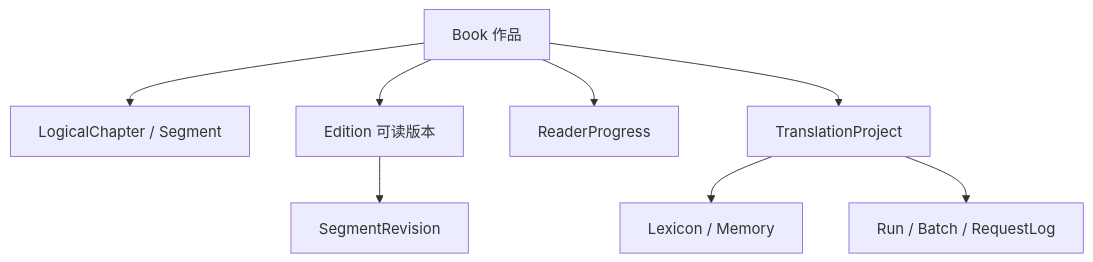
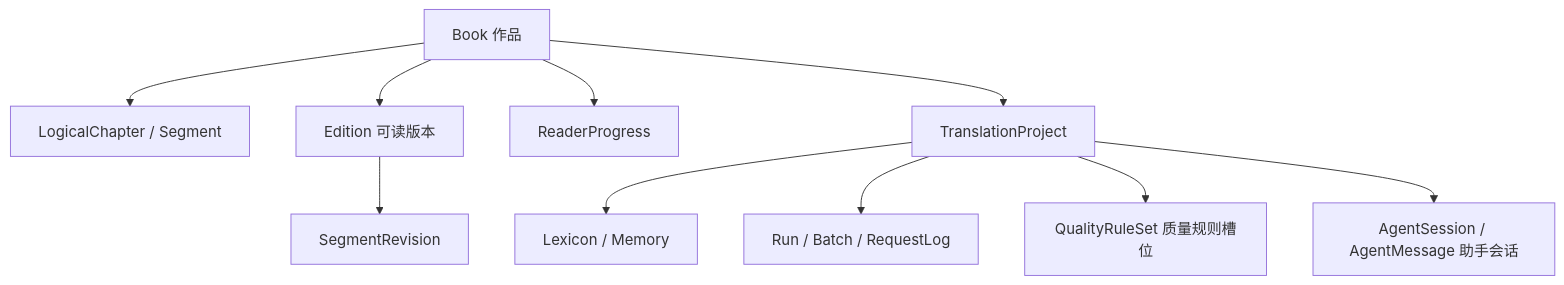
Before and after one commit to breakyuna/LightNovelTranslator: the first of 3 diagrams in README.md, drawn with Mermaid. The commit also changed other lines of this file and 6 other files, not shown here.

````diff
--- a/README.md
+++ b/README.md
@@ -38,10 +46,12 @@
 ```mermaid
 flowchart TD
     Book[Book 作品] --> Position[LogicalChapter / Segment]
     Book --> Edition[Edition 可读版本]
     Book --> Progress[ReaderProgress]
     Book --> Project[TranslationProject]
     Project --> Context[Lexicon / Memory]
     Project --> Run[Run / Batch / RequestLog]
     Edition --> Revision[SegmentRevision]
+    Project --> Quality[QualityRuleSet 质量规则槽位]
+    Project --> AgentSession[AgentSession / AgentMessage 助手会话]
 ```
````
